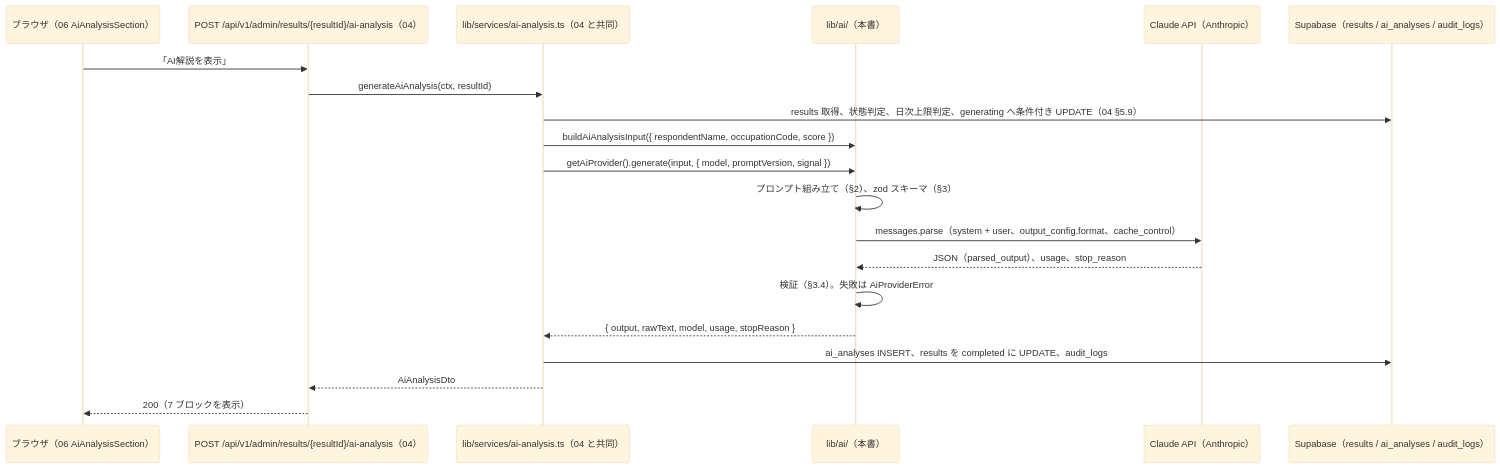
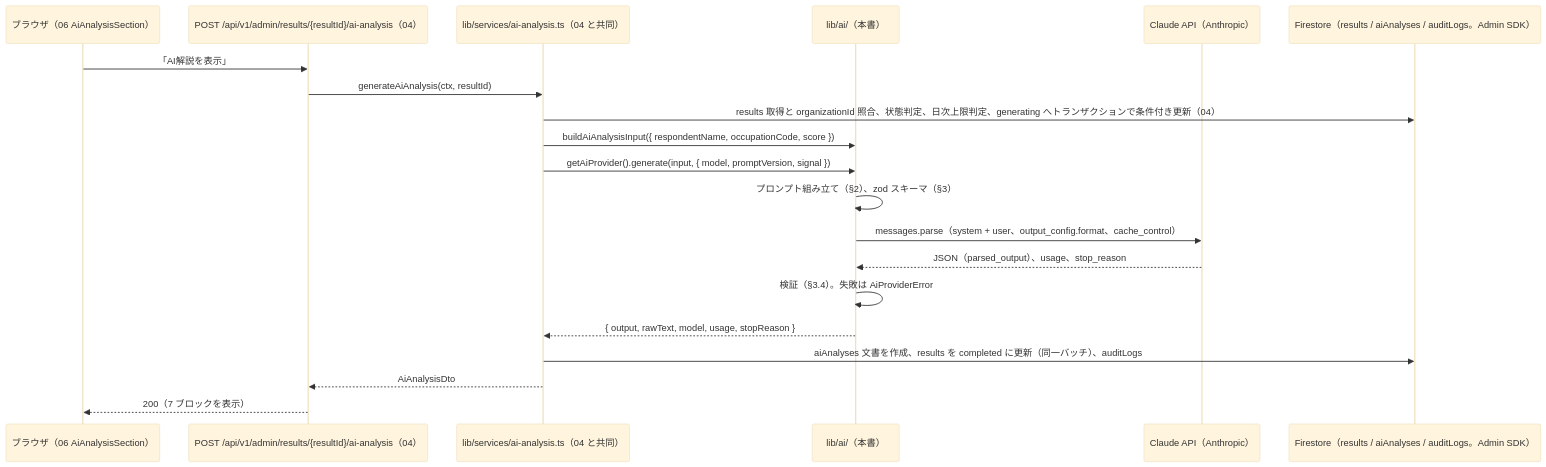
Before and after one commit to tanukichiyamaguchi/Tekisei-Kensa: the first of 3 diagrams in docs/基本設計/07_AI解説とPDF.md, drawn with Mermaid (base theme). The commit also changed other lines of this file and 4 other files, not shown here.

````diff
--- a/docs/基本設計/07_AI解説とPDF.md
+++ b/docs/基本設計/07_AI解説とPDF.md
@@ -66,23 +66,23 @@
 ```mermaid
 sequenceDiagram
     participant B as ブラウザ（06 AiAnalysisSection）
     participant API as POST /api/v1/admin/results/{resultId}/ai-analysis（04）
     participant S as lib/services/ai-analysis.ts（04 と共同）
     participant P as lib/ai/（本書）
     participant C as Claude API（Anthropic）
-    participant DB as Supabase（results / ai_analyses / audit_logs）
+    participant DB as Firestore（results / aiAnalyses / auditLogs。Admin SDK）
 
     B->>API: 「AI解説を表示」
     API->>S: generateAiAnalysis(ctx, resultId)
-    S->>DB: results 取得、状態判定、日次上限判定、generating へ条件付き UPDATE（04 §5.9）
+    S->>DB: results 取得と organizationId 照合、状態判定、日次上限判定、generating へトランザクションで条件付き更新（04）
     S->>P: buildAiAnalysisInput({ respondentName, occupationCode, score })
     S->>P: getAiProvider().generate(input, { model, promptVersion, signal })
     P->>P: プロンプト組み立て（§2）、zod スキーマ（§3）
     P->>C: messages.parse（system + user、output_config.format、cache_control）
     C-->>P: JSON（parsed_output）、usage、stop_reason
     P->>P: 検証（§3.4）。失敗は AiProviderError
     P-->>S: { output, rawText, model, usage, stopReason }
-    S->>DB: ai_analyses INSERT、results を completed に UPDATE、audit_logs
+    S->>DB: aiAnalyses 文書を作成、results を completed に更新（同一バッチ）、auditLogs
     S-->>API: AiAnalysisDto
     API-->>B: 200（7 ブロックを表示）
 ```
````
